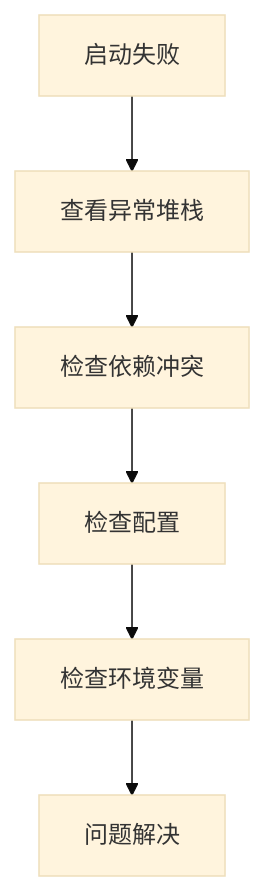
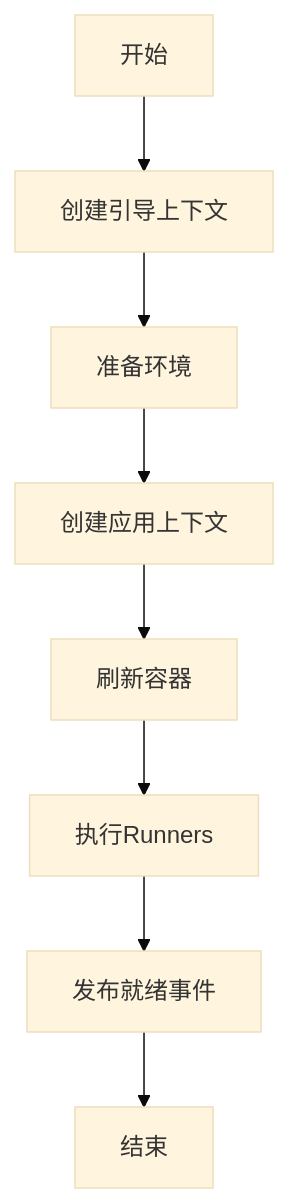
One commit to lettlehan/hans-blog changed the first of 2 diagrams in content/good-work/Spring boot.md. Above: the diagram before and after it, drawn with Mermaid (base theme). The commit also changed other lines of this file and 6 other files, not shown here.

````diff
--- a/content/good-work/Spring boot.md
+++ b/content/good-work/Spring boot.md
@@ -203,8 +149,10 @@
 ```mermaid
 graph TD
-    A[启动失败] --> B[查看异常堆栈]
-    B --> C[检查依赖冲突]
-    C --> D[检查配置]
-    D --> E[检查环境变量]
-    E --> F[问题解决]
+    A[开始] --> B[创建引导上下文]
+    B --> C[准备环境]
+    C --> D[创建应用上下文]
+    D --> E[刷新容器]
+    E --> F[执行Runners]
+    F --> G[发布就绪事件]
+    G --> H[结束]
 ```
````
